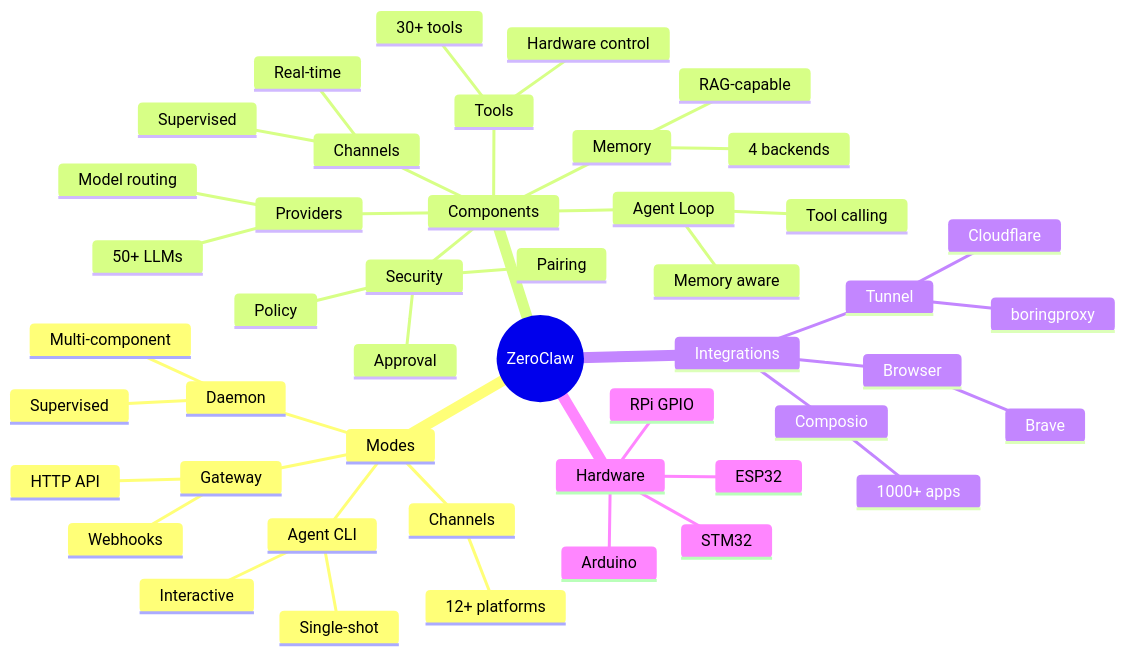
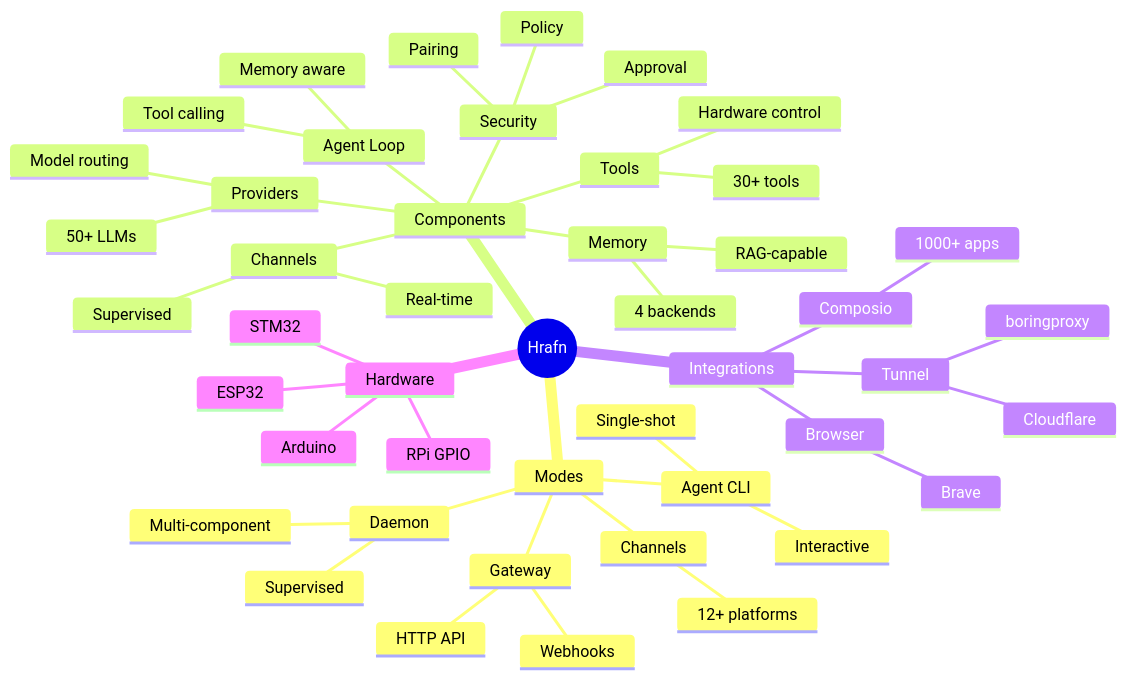
Diagram 14 of 14 in docs/assets/architecture-diagrams.md (5queezer/hrafn), drawn with Mermaid before and after one commit. The commit also changed other lines of this file and 584 other files, not shown here.

First line of the commit message:
chore: rebrand ZeroClaw → Hrafn across entire codebase

````diff
--- a/docs/assets/architecture-diagrams.md
+++ b/docs/assets/architecture-diagrams.md
@@ -780,49 +780,49 @@
 ```mermaid
 mindmap
-    root((ZeroClaw))
+    root((Hrafn))
         Modes
             Agent CLI
                 Interactive
                 Single-shot
             Gateway
                 HTTP API
                 Webhooks
             Daemon
                 Supervised
                 Multi-component
             Channels
                 12+ platforms
         Components
             Agent Loop
                 Tool calling
                 Memory aware
             Providers
                 50+ LLMs
                 Model routing
             Channels
                 Real-time
                 Supervised
             Tools
                 30+ tools
                 Hardware control
             Memory
                 4 backends
                 RAG-capable
             Security
                 Pairing
                 Approval
                 Policy
         Integrations
             Composio
                 1000+ apps
             Browser
                 Brave
             Tunnel
                 Cloudflare
                 boringproxy
         Hardware
             STM32
             Arduino
             ESP32
             RPi GPIO
 ```
````
